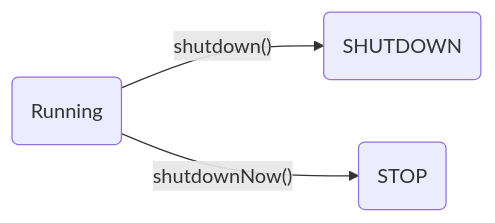
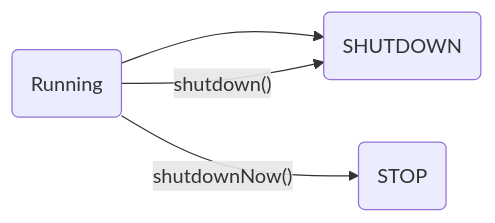
One commit to kekaiyuan/resource changed the diagram in _posts/java/javase/2021-06-07-11-thread-pool.md. Above: the diagram before and after it, drawn with Mermaid.

Commit message:
修改文件: _posts/java/javase/2021-06-07-11-thread-pool.md

```diff
--- a/_posts/java/javase/2021-06-07-11-thread-pool.md
+++ b/_posts/java/javase/2021-06-07-11-thread-pool.md
@@ -56,5 +56,6 @@
 <div class="mermaid">
 graph LR;
+A(Running) --> B1(SHUTDOWN)
 A(Running) --"shutdown()"--> B1(SHUTDOWN)
 A --"shutdownNow()"--> B2(STOP)
 </div>
```
